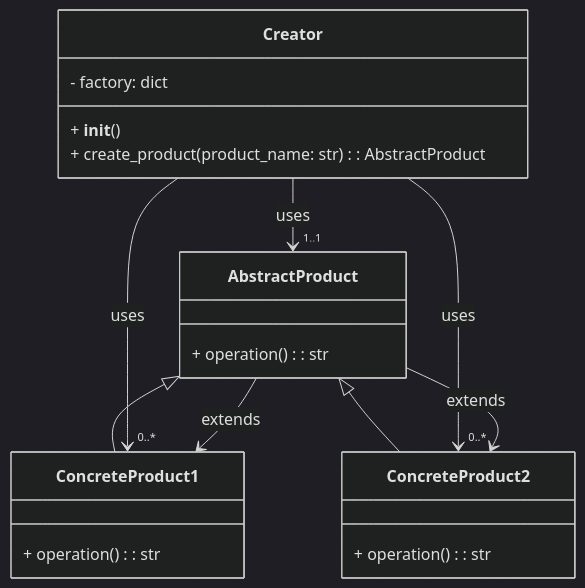
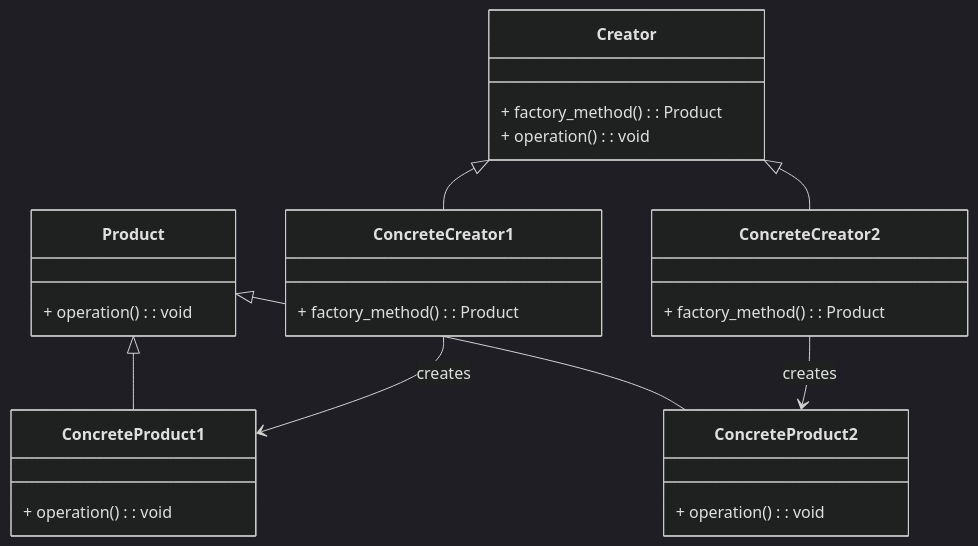
One commit to emmanuelbakare/Python-Design-Pattern changed the diagram in 01- Creational DP/02- Factory Method/factorymethod.md. Above: the diagram before and after it, drawn with Mermaid (dark theme). The commit also changed 100 other files, not shown here.

Commit message:
Added UML diagram (Class, Sequence, graph-flowchart)

````diff
--- a/01- Creational DP/02- Factory Method/factorymethod.md
+++ b/01- Creational DP/02- Factory Method/factorymethod.md
@@ -1,32 +1,37 @@
 ```mermaid
 classDiagram
-    class AbstractProduct {
-        + operation(): str
+    class Creator {
+        + factory_method(): Product
+        + operation(): void
     }
 
-    AbstractProduct <|-- ConcreteProduct1
-    AbstractProduct <|-- ConcreteProduct2
+    class Product {
+        + operation(): void
+    }
+
+    class ConcreteCreator1 {
+        + factory_method(): Product
+    }
+
+    class ConcreteCreator2 {
+        + factory_method(): Product
+    }
 
     class ConcreteProduct1 {
-        + operation(): str
+        + operation(): void
     }
 
     class ConcreteProduct2 {
-        + operation(): str
+        + operation(): void
     }
 
-    class Creator {
-        - factory: dict
-        + __init__()
-        + create_product(product_name: str): AbstractProduct
-    }
+    Creator <|-- ConcreteCreator1
+    Creator <|-- ConcreteCreator2
+    Product <|-- ConcreteProduct1
+    Product <|-- ConcreteProduct2
+    ConcreteCreator1 --> ConcreteProduct1: creates
+    ConcreteCreator2 --> ConcreteProduct2: creates
 
-    Creator --> "1..1" AbstractProduct: uses
-    Creator --> "0..*" ConcreteProduct1: uses
-    Creator --> "0..*" ConcreteProduct2: uses
-
-    AbstractProduct --> ConcreteProduct1: extends
-    AbstractProduct --> ConcreteProduct2: extends
 
 
 ```
````
